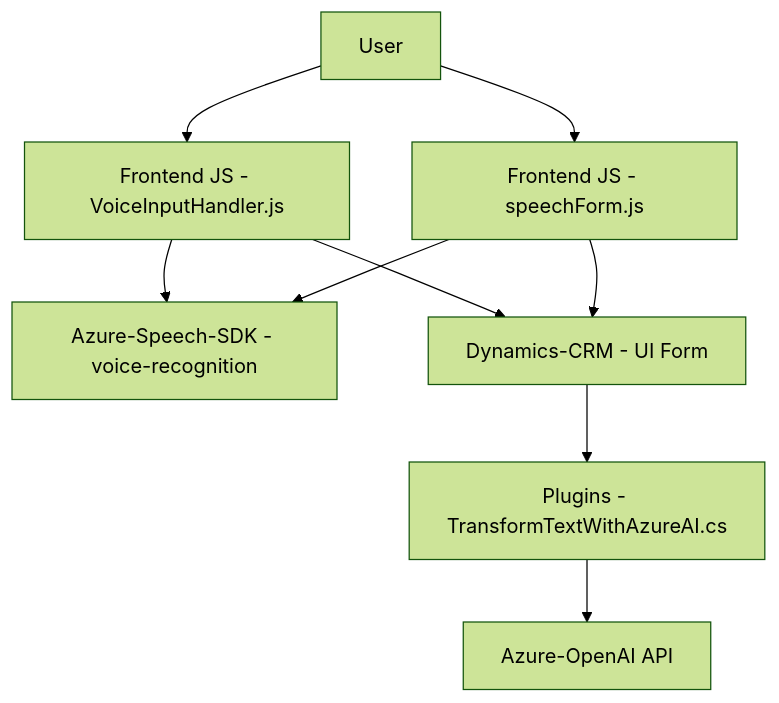
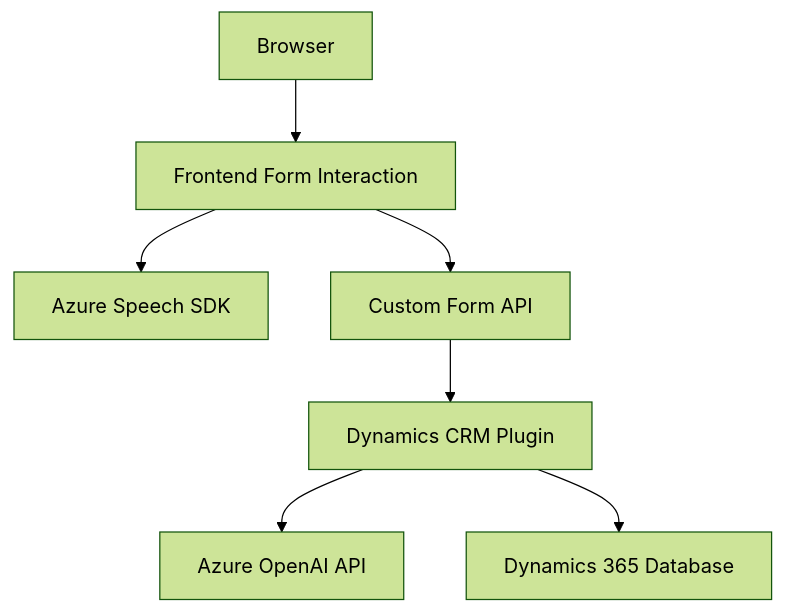
The diagram in README.md (blopezdm/NETCORE_BILBAO2025), drawn with Mermaid (forest theme) before and after one commit. The commit also changed other lines of this file, not shown here.

````diff
--- a/README.md
+++ b/README.md
@@ -38,11 +29,17 @@
 ```mermaid
 graph TD
-    A["User"] --> B["Frontend JS - VoiceInputHandler.js"]
-    A --> C["Frontend JS - speechForm.js"]
-    B --> D["Azure-Speech-SDK - voice-recognition"]
-    C --> D["Azure-Speech-SDK - voice-recognition"]
-    B --> E["Dynamics-CRM - UI Form"]
-    C --> E["Dynamics-CRM - UI Form"]
-    E --> F["Plugins - TransformTextWithAzureAI.cs"]
-    F --> G["Azure-OpenAI API"]
+    A["Frontend Form Interaction"]
+    B["Azure Speech SDK"]
+    C["Custom Form API"]
+    D["Dynamics CRM Plugin"]
+    E["Azure OpenAI API"]
+    F["Dynamics 365 Database"]
+    G["Browser"]
+
+    G --> A
+    A --> B
+    A --> C
+    C --> D
+    D --> E
+    D --> F
 ```
````
